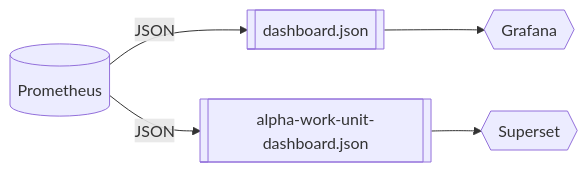
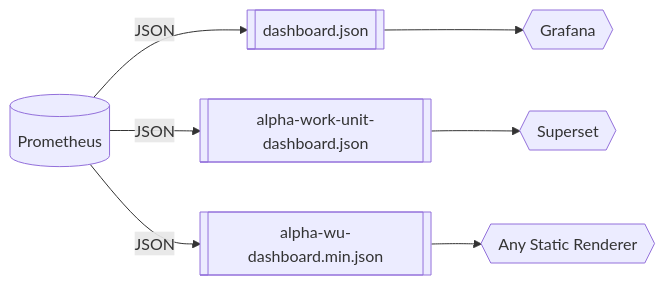
Before and after one commit to MontrealAI/AGI-Alpha-Node-v0: the third of 3 diagrams in docs/telemetry/README.md, drawn with Mermaid. The commit also changed other lines of this file and 5 other files, not shown here.

````diff
--- a/docs/telemetry/README.md
+++ b/docs/telemetry/README.md
@@ -167,7 +168,9 @@
 ```mermaid
 graph LR
   Prometheus[(Prometheus)] -->|JSON| DashboardSpec[[dashboard.json]]
   Prometheus -->|JSON| ExtendedSpec[[alpha-work-unit-dashboard.json]]
+  Prometheus -->|JSON| MinimalSpec[[alpha-wu-dashboard.min.json]]
   DashboardSpec --> Grafana{{Grafana}}
   ExtendedSpec --> Superset{{Superset}}
+  MinimalSpec --> Lightweight{{Any Static Renderer}}
 ```
````
